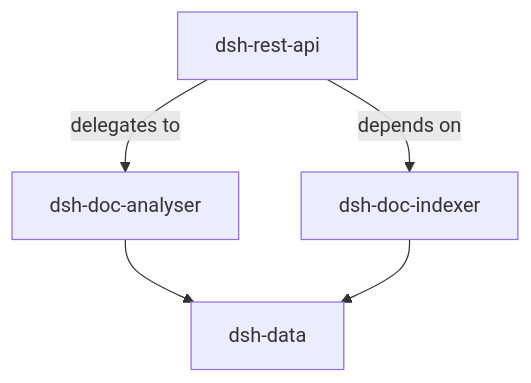
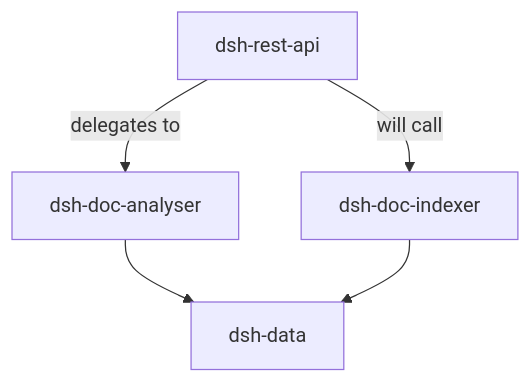
Before and after one commit to MRISS-Projects/dsh: the diagram in specs/architecture/component-diagrams/README.md, drawn with Mermaid. The commit also changed 6 other files, not shown here.

````diff
--- a/specs/architecture/component-diagrams/README.md
+++ b/specs/architecture/component-diagrams/README.md
@@ -19,7 +19,7 @@
 ```mermaid
 graph TD
     A[dsh-rest-api] -->|delegates to| B[dsh-doc-analyser]
-    A -->|depends on| C[dsh-doc-indexer]
+    A -->|will call| C[dsh-doc-indexer]
     B --> D[dsh-data]
     C --> D
 ```
````
